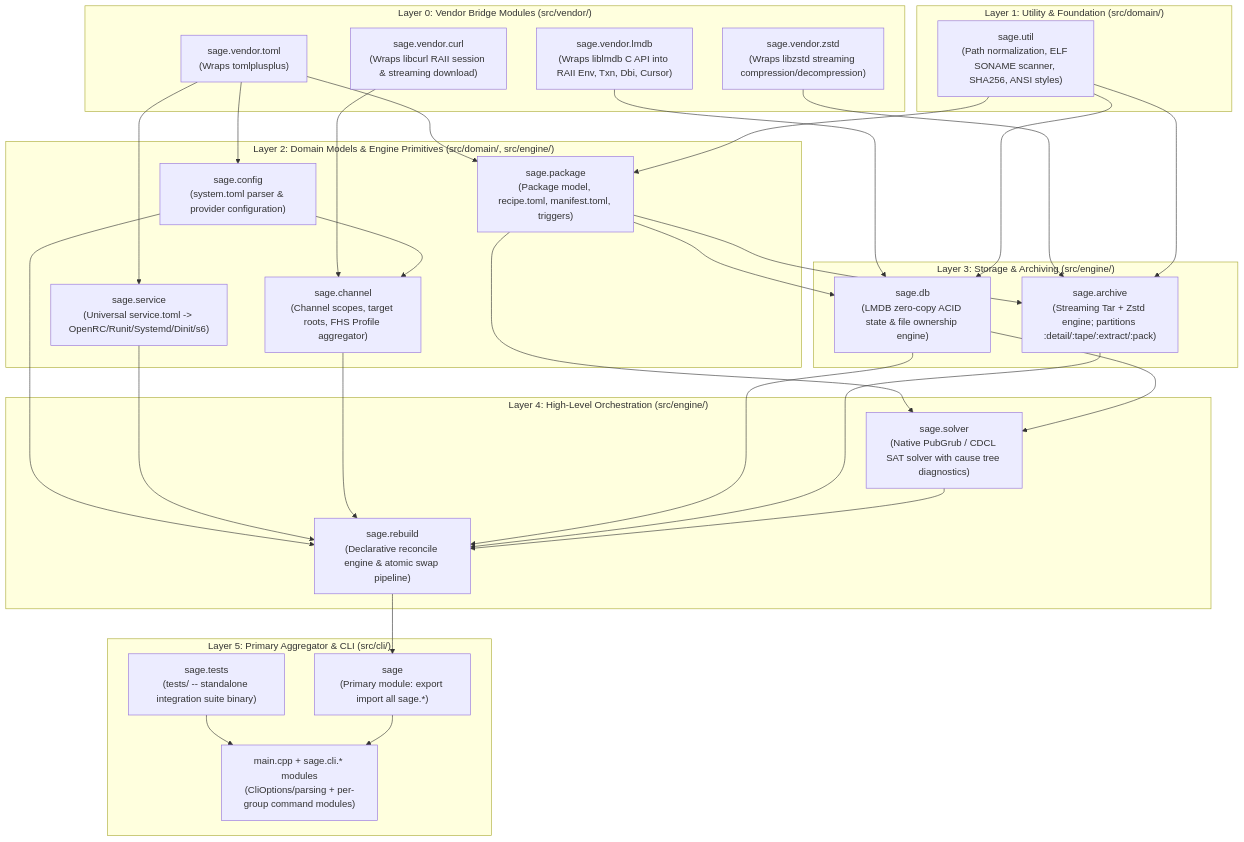
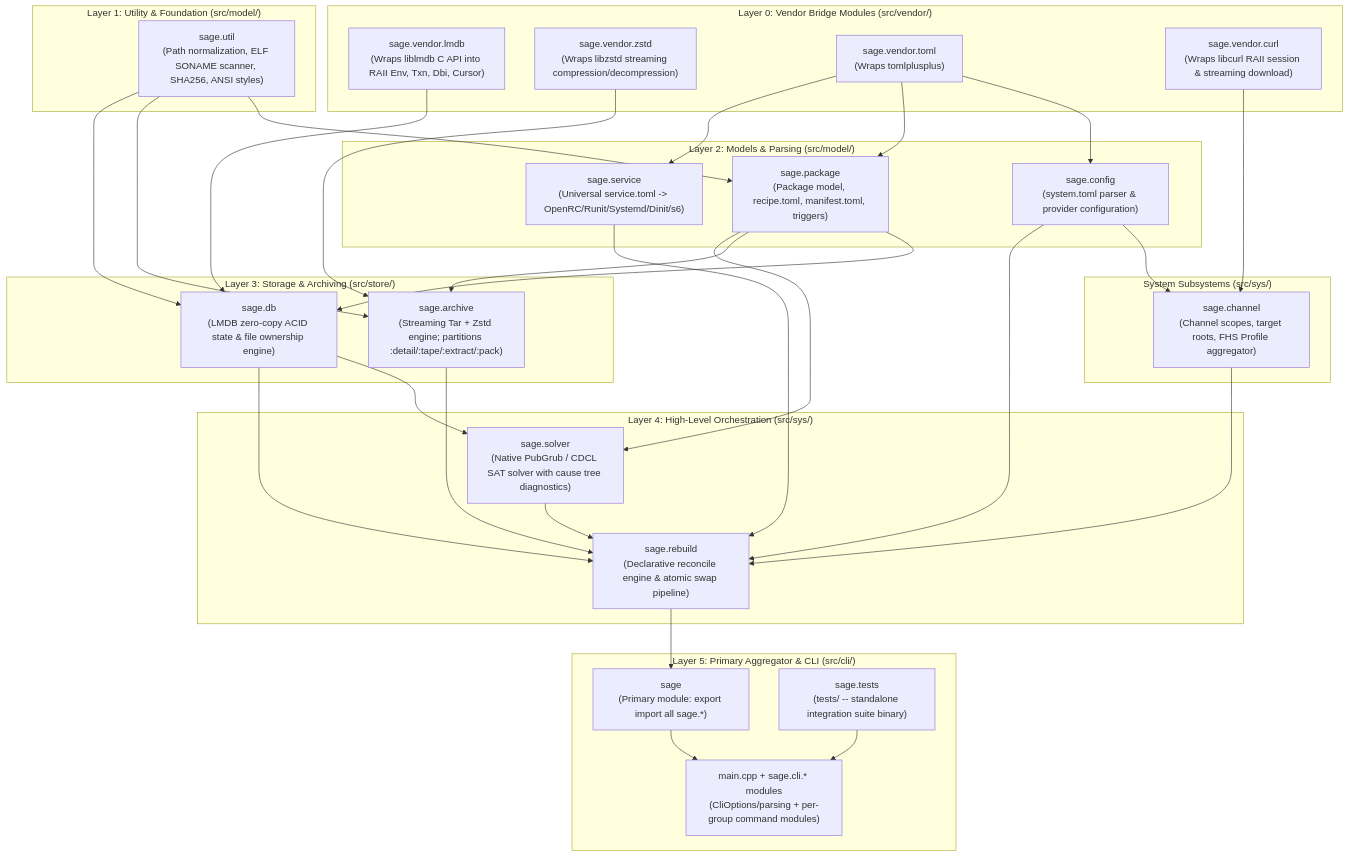
Before and after one commit to antinomie1/sage: the diagram in docs/MODULES.md, drawn with Mermaid. The commit also changed 14 other files, not shown here.

First line of the commit message:
refactor(src): rename domain/engine dirs to model/store/sys

````diff
--- a/docs/MODULES.md
+++ b/docs/MODULES.md
@@ -9,60 +9,63 @@
 ```mermaid
 graph TD
     subgraph Layer0["Layer 0: Vendor Bridge Modules (src/vendor/)"]
         LMDB["sage.vendor.lmdb<br/>(Wraps liblmdb C API into RAII Env, Txn, Dbi, Cursor)"]
         ZSTD["sage.vendor.zstd<br/>(Wraps libzstd streaming compression/decompression)"]
         TOML["sage.vendor.toml<br/>(Wraps tomlplusplus)"]
         CURL["sage.vendor.curl<br/>(Wraps libcurl RAII session & streaming download)"]
     end
 
-    subgraph Layer1["Layer 1: Utility & Foundation (src/domain/)"]
+    subgraph Layer1["Layer 1: Utility & Foundation (src/model/)"]
         UTIL["sage.util<br/>(Path normalization, ELF SONAME scanner, SHA256, ANSI styles)"]
     end
 
-    subgraph Layer2["Layer 2: Domain Models & Engine Primitives (src/domain/, src/engine/)"]
+    subgraph Layer2["Layer 2: Models & Parsing (src/model/)"]
         CONFIG["sage.config<br/>(system.toml parser & provider configuration)"]
         PKG["sage.package<br/>(Package model, recipe.toml, manifest.toml, triggers)"]
         SVC["sage.service<br/>(Universal service.toml -> OpenRC/Runit/Systemd/Dinit/s6)"]
+    end
+
+    subgraph SysSubgraph["System Subsystems (src/sys/)"]
         CHAN["sage.channel<br/>(Channel scopes, target roots, FHS Profile aggregator)"]
     end
 
-    subgraph Layer3["Layer 3: Storage & Archiving (src/engine/)"]
+    subgraph Layer3["Layer 3: Storage & Archiving (src/store/)"]
         DB["sage.db<br/>(LMDB zero-copy ACID state & file ownership engine)"]
         ARCH["sage.archive<br/>(Streaming Tar + Zstd engine; partitions :detail/:tape/:extract/:pack)"]
     end
 
-    subgraph Layer4["Layer 4: High-Level Orchestration (src/engine/)"]
+    subgraph Layer4["Layer 4: High-Level Orchestration (src/sys/)"]
         SOLVER["sage.solver<br/>(Native PubGrub / CDCL SAT solver with cause tree diagnostics)"]
         REBUILD["sage.rebuild<br/>(Declarative reconcile engine & atomic swap pipeline)"]
     end
 
     subgraph Layer5["Layer 5: Primary Aggregator & CLI (src/cli/)"]
         ROOT["sage<br/>(Primary module: export import all sage.*)"]
         CLI["main.cpp + sage.cli.* modules<br/>(CliOptions/parsing + per-group command modules)"]
         TESTS["sage.tests<br/>(tests/ -- standalone integration suite binary)"]
     end
 
     LMDB --> DB
     ZSTD --> ARCH
     TOML --> CONFIG
     TOML --> PKG
     TOML --> SVC
     CURL --> CHAN
     UTIL --> PKG
     UTIL --> ARCH
     UTIL --> DB
     PKG --> DB
     PKG --> ARCH
     PKG --> SOLVER
     CONFIG --> CHAN
     CONFIG --> REBUILD
     SVC --> REBUILD
     CHAN --> REBUILD
     DB --> SOLVER
     DB --> REBUILD
     ARCH --> REBUILD
     SOLVER --> REBUILD
     REBUILD --> ROOT
     TESTS --> CLI
     ROOT --> CLI
 ```
````
